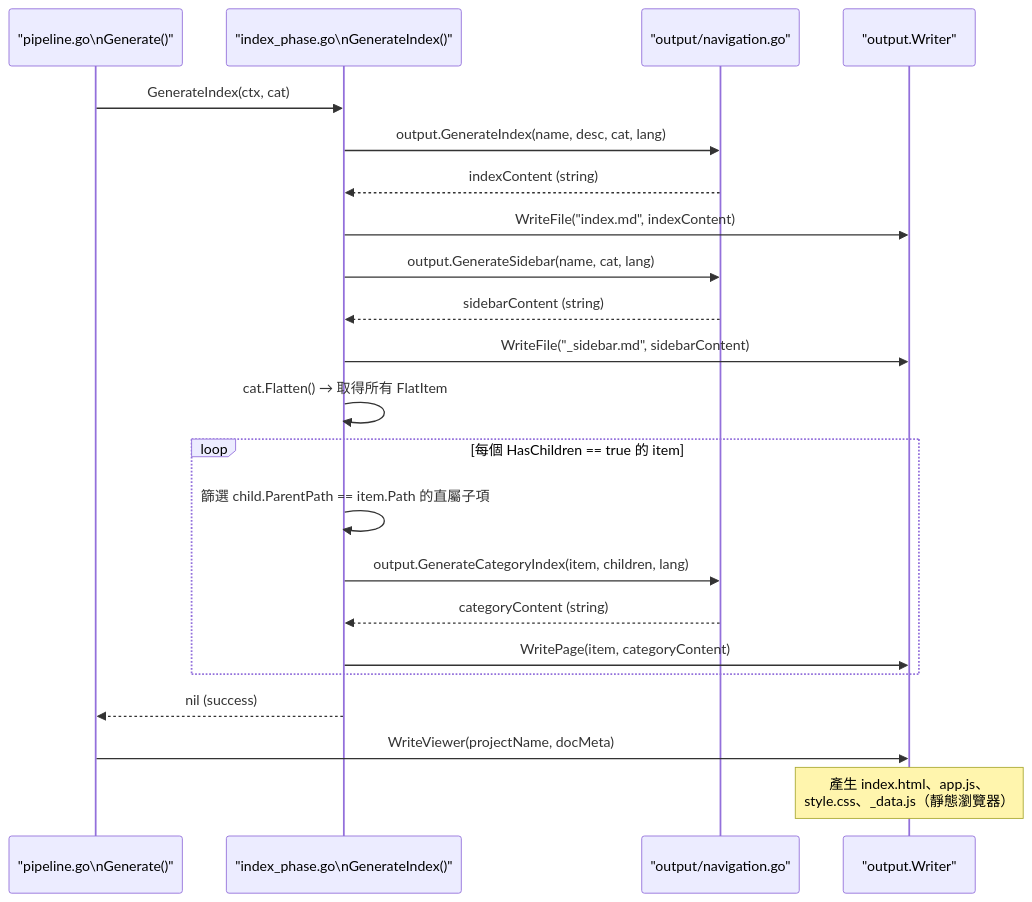
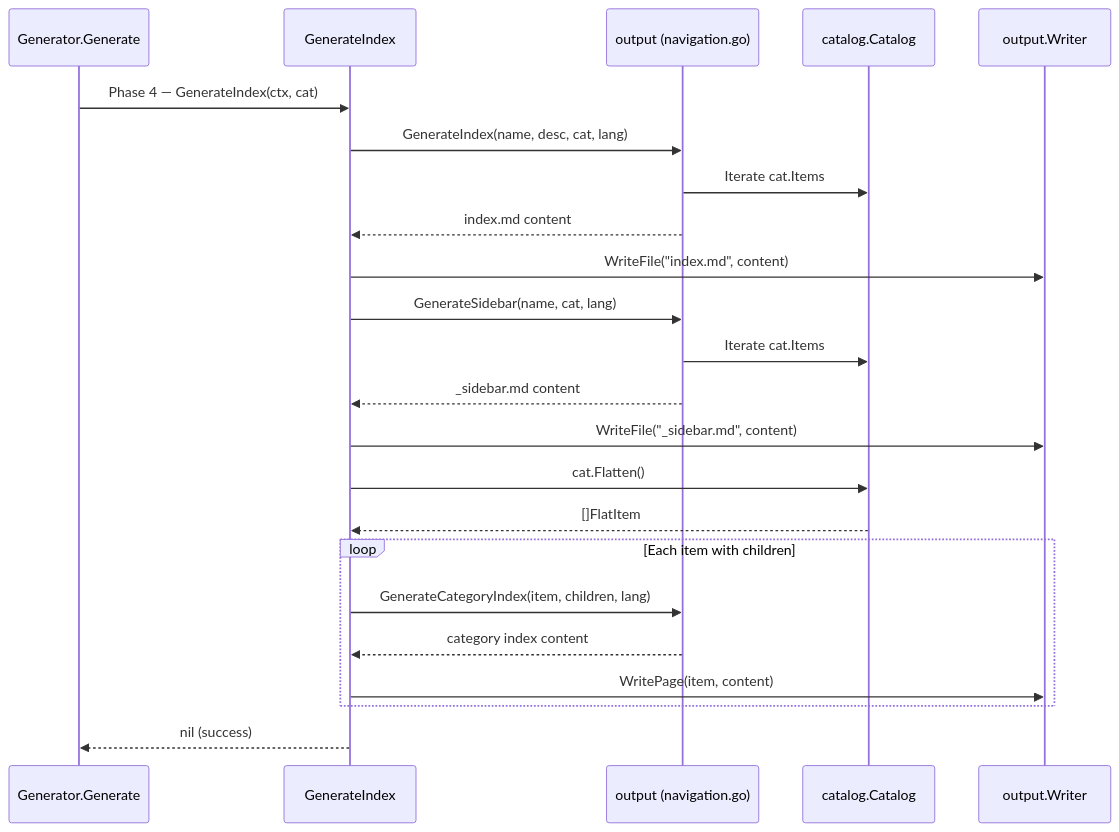
The second of 2 diagrams in docs/core-modules/generator/index-phase/index.md (monkenWu/selfmd-claude-code), drawn with Mermaid before and after one commit. The commit also changed other lines of this file and 145 other files, not shown here.

````diff
--- a/docs/core-modules/generator/index-phase/index.md
+++ b/docs/core-modules/generator/index-phase/index.md
@@ -242,30 +114,30 @@
 ```mermaid
 sequenceDiagram
-    participant Pipeline as "pipeline.go\nGenerate()"
-    participant IndexPhase as "index_phase.go\nGenerateIndex()"
-    participant Nav as "output/navigation.go"
-    participant Writer as "output.Writer"
+    participant P as Generator.Generate
+    participant I as GenerateIndex
+    participant N as output (navigation.go)
+    participant C as catalog.Catalog
+    participant W as output.Writer
 
-    Pipeline->>IndexPhase: GenerateIndex(ctx, cat)
-    IndexPhase->>Nav: output.GenerateIndex(name, desc, cat, lang)
-    Nav-->>IndexPhase: indexContent (string)
-    IndexPhase->>Writer: WriteFile("index.md", indexContent)
+    P->>I: Phase 4 — GenerateIndex(ctx, cat)
+    I->>N: GenerateIndex(name, desc, cat, lang)
+    N->>C: Iterate cat.Items
+    N-->>I: index.md content
+    I->>W: WriteFile("index.md", content)
 
-    IndexPhase->>Nav: output.GenerateSidebar(name, cat, lang)
-    Nav-->>IndexPhase: sidebarContent (string)
-    IndexPhase->>Writer: WriteFile("_sidebar.md", sidebarContent)
+    I->>N: GenerateSidebar(name, cat, lang)
+    N->>C: Iterate cat.Items
+    N-->>I: _sidebar.md content
+    I->>W: WriteFile("_sidebar.md", content)
 
-    IndexPhase->>IndexPhase: cat.Flatten() → 取得所有 FlatItem
+    I->>C: cat.Flatten()
+    C-->>I: []FlatItem
 
-    loop 每個 HasChildren == true 的 item
-        IndexPhase->>IndexPhase: 篩選 child.ParentPath == item.Path 的直屬子項
-        IndexPhase->>Nav: output.GenerateCategoryIndex(item, children, lang)
-        Nav-->>IndexPhase: categoryContent (string)
-        IndexPhase->>Writer: WritePage(item, categoryContent)
+    loop Each item with children
+        I->>N: GenerateCategoryIndex(item, children, lang)
+        N-->>I: category index content
+        I->>W: WritePage(item, content)
     end
 
-    IndexPhase-->>Pipeline: nil (success)
-
-    Pipeline->>Writer: WriteViewer(projectName, docMeta)
-    Note over Writer: 產生 index.html、app.js、<br/>style.css、_data.js（靜態瀏覽器）
+    I-->>P: nil (success)
 ```
````
